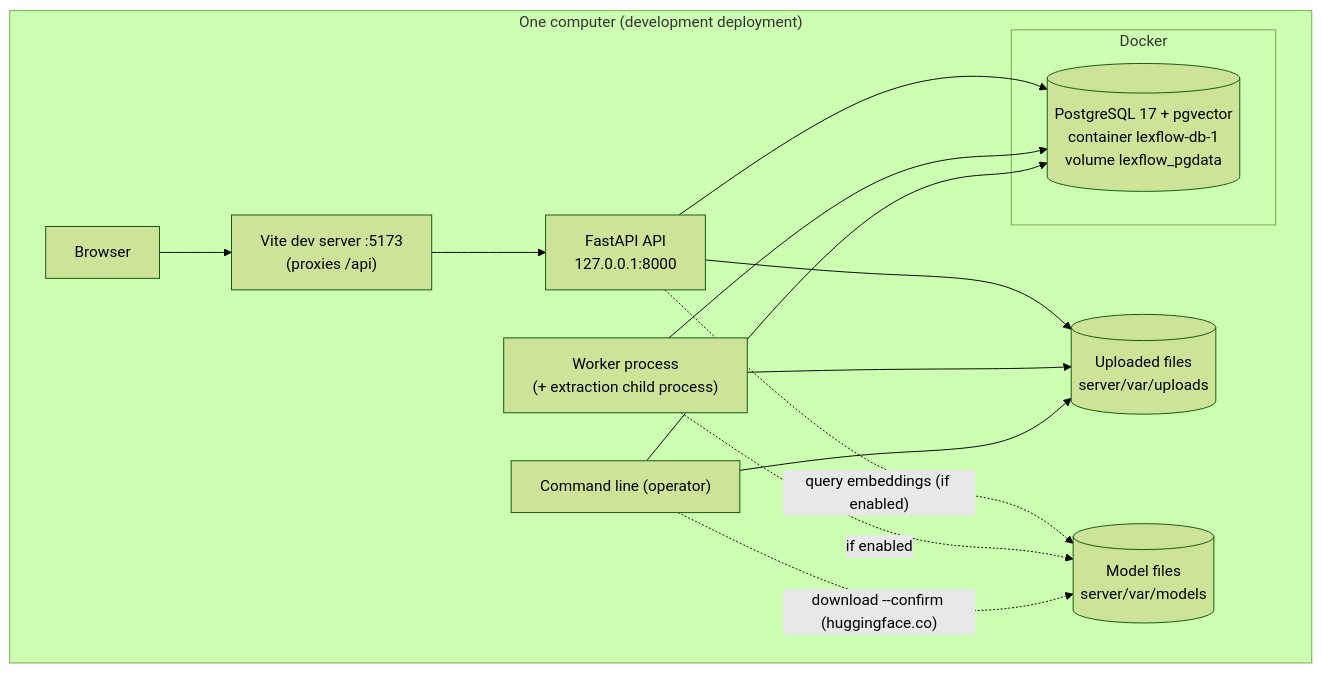
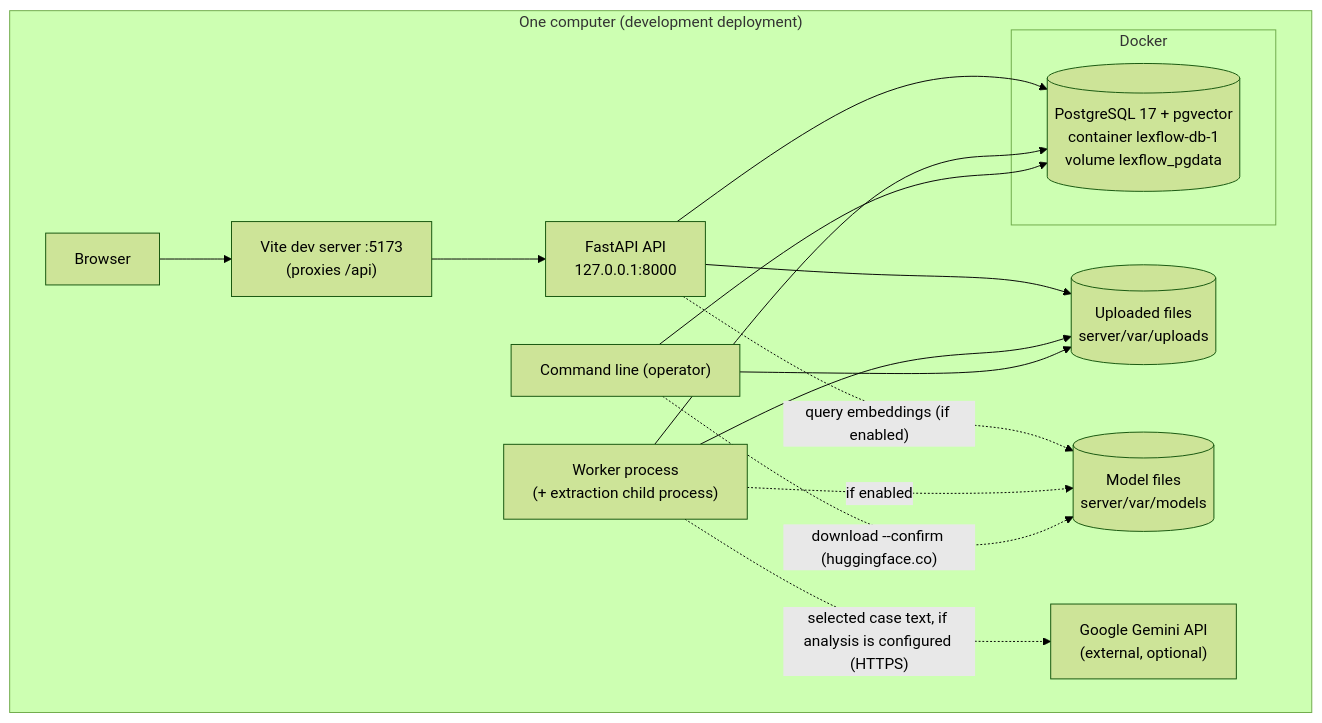
One commit to Aryan-Goyal30/LexFlow changed the second of 6 diagrams in docs/ARCHITECTURE.md. Above: the diagram before and after it, drawn with Mermaid (forest theme). The commit also changed other lines of this file and 13 other files, not shown here.

First line of the commit message:
Phase 5 M7: verification, mutation checks, ADR 0019, SRS/architecture

````diff
--- a/docs/ARCHITECTURE.md
+++ b/docs/ARCHITECTURE.md
@@ -59,25 +65,27 @@
 ```mermaid
 flowchart TB
   subgraph Machine["One computer (development deployment)"]
     browser["Browser"]
     vite["Vite dev server :5173<br/>(proxies /api)"]
     api["FastAPI API<br/>127.0.0.1:8000"]
     worker["Worker process<br/>(+ extraction child process)"]
     cli["Command line (operator)"]
+    gemini["Google Gemini API<br/>(external, optional)"]
     disk[("Uploaded files<br/>server/var/uploads")]
     models[("Model files<br/>server/var/models")]
     subgraph Docker
       db[("PostgreSQL 17 + pgvector<br/>container lexflow-db-1<br/>volume lexflow_pgdata")]
     end
   end
   browser --> vite --> api
   api --> db
   api --> disk
   api -. "query embeddings (if enabled)" .-> models
   worker --> db
   worker --> disk
   worker -. "if enabled" .-> models
   cli --> db
   cli --> disk
   cli -. "download --confirm (huggingface.co)" .-> models
+  worker -. "selected case text, if analysis is configured (HTTPS)" .-> gemini
 ```
````
